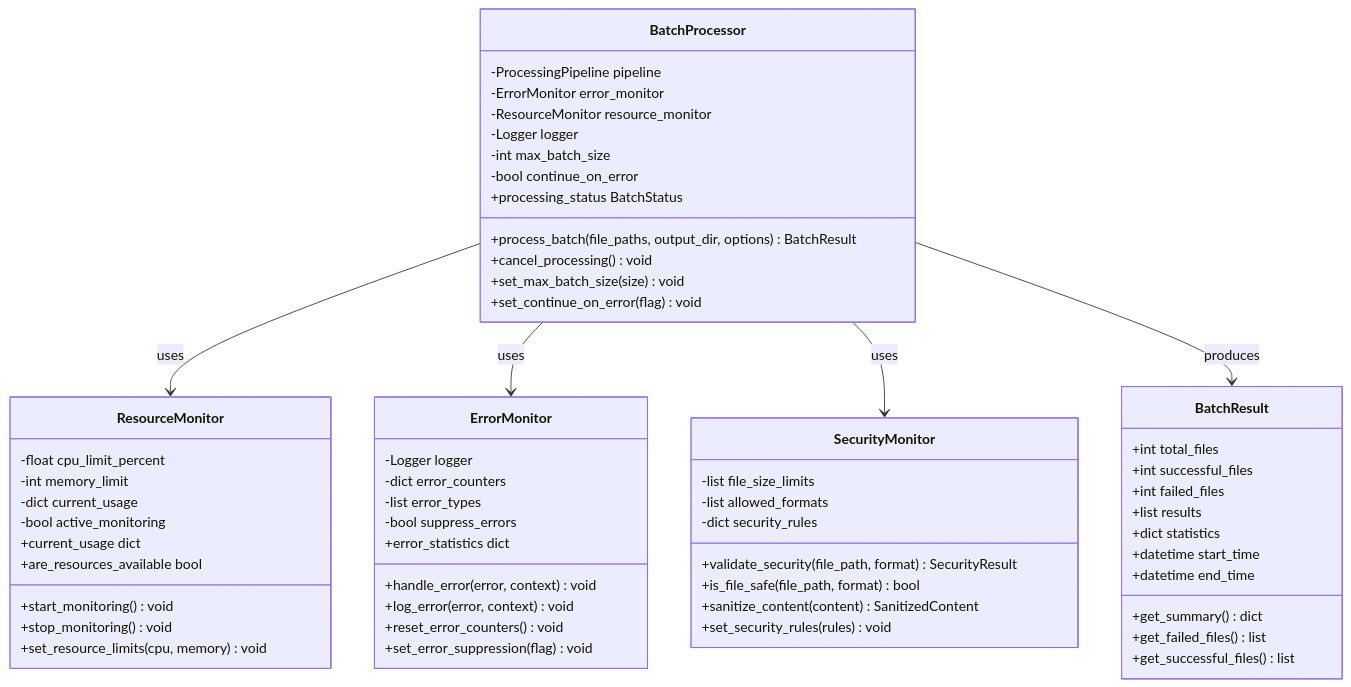
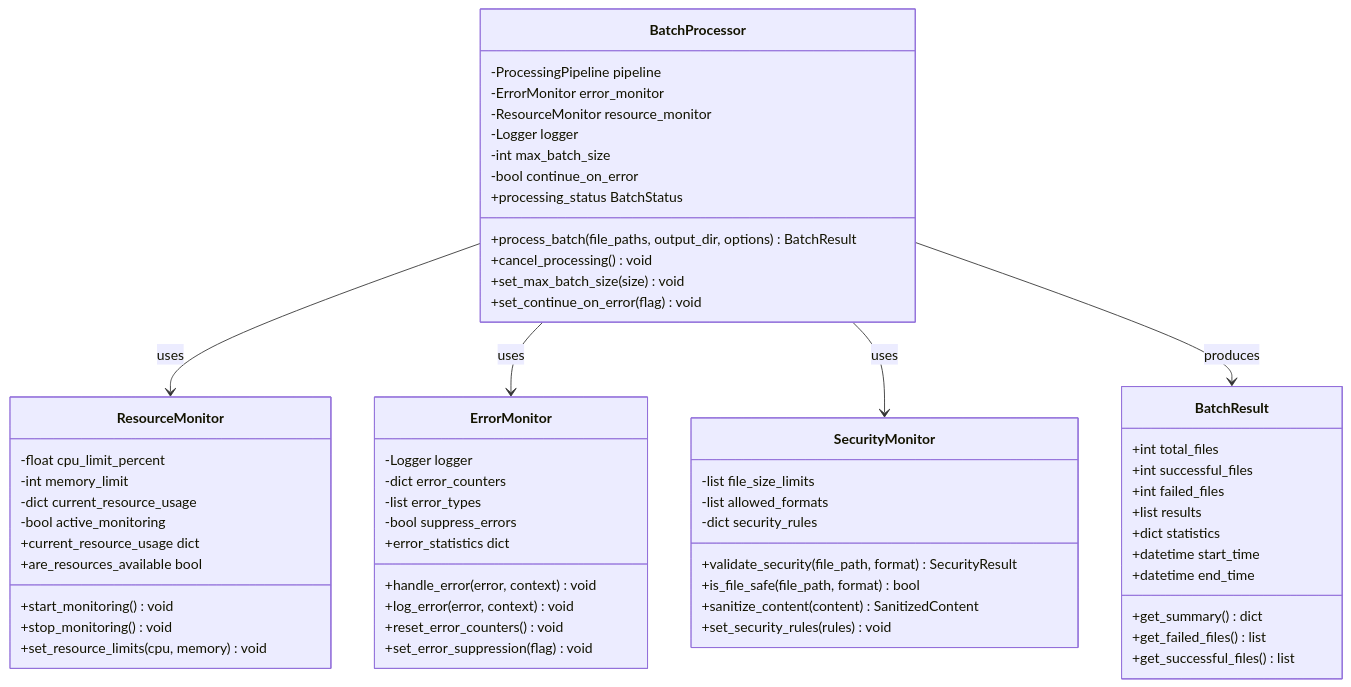
One commit to endomorphosis/omni_converter_mk2 changed the fourth of 7 diagrams in SAD.md. Above: the diagram before and after it, drawn with Mermaid. The commit also changed 26 other files, not shown here.

````diff
--- a/SAD.md
+++ b/SAD.md
@@ -267,68 +267,68 @@
 ```mermaid
 classDiagram
     class BatchProcessor {
         -ProcessingPipeline pipeline
         -ErrorMonitor error_monitor
         -ResourceMonitor resource_monitor
         -Logger logger
         -int max_batch_size
         -bool continue_on_error
         +process_batch(file_paths, output_dir, options) BatchResult
         +cancel_processing() void
         +processing_status BatchStatus
         +set_max_batch_size(size) void
         +set_continue_on_error(flag) void
     }
 
     class ResourceMonitor {
         -float cpu_limit_percent
         -int memory_limit
-        -dict current_usage
+        -dict current_resource_usage
         -bool active_monitoring
         +start_monitoring() void
         +stop_monitoring() void
-        +current_usage dict
+        +current_resource_usage dict
         +are_resources_available bool
         +set_resource_limits(cpu, memory) void
     }
 
     class ErrorMonitor {
         -Logger logger
         -dict error_counters
         -list error_types
         -bool suppress_errors
         +handle_error(error, context) void
         +log_error(error, context) void
         +error_statistics dict
         +reset_error_counters() void
         +set_error_suppression(flag) void
     }
 
     class SecurityMonitor {
         -list file_size_limits
         -list allowed_formats
         -dict security_rules
         +validate_security(file_path, format) SecurityResult
         +is_file_safe(file_path, format) bool
         +sanitize_content(content) SanitizedContent
         +set_security_rules(rules) void
     }
 
     class BatchResult {
         +int total_files
         +int successful_files
         +int failed_files
         +list results
         +dict statistics
         +datetime start_time
         +datetime end_time
         +get_summary() dict
         +get_failed_files() list
         +get_successful_files() list
     }
 
     BatchProcessor --> ResourceMonitor : uses
     BatchProcessor --> ErrorMonitor : uses
     BatchProcessor --> SecurityMonitor : uses
     BatchProcessor --> BatchResult : produces
 ```
````
